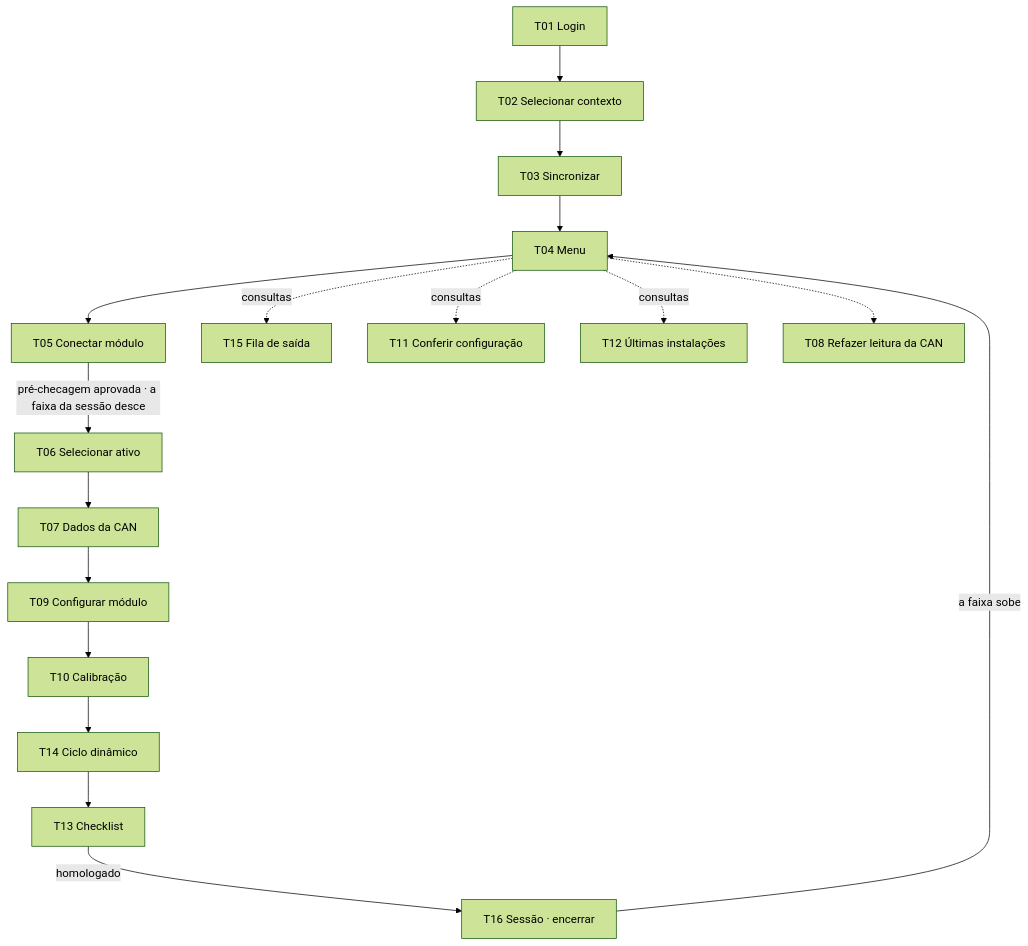
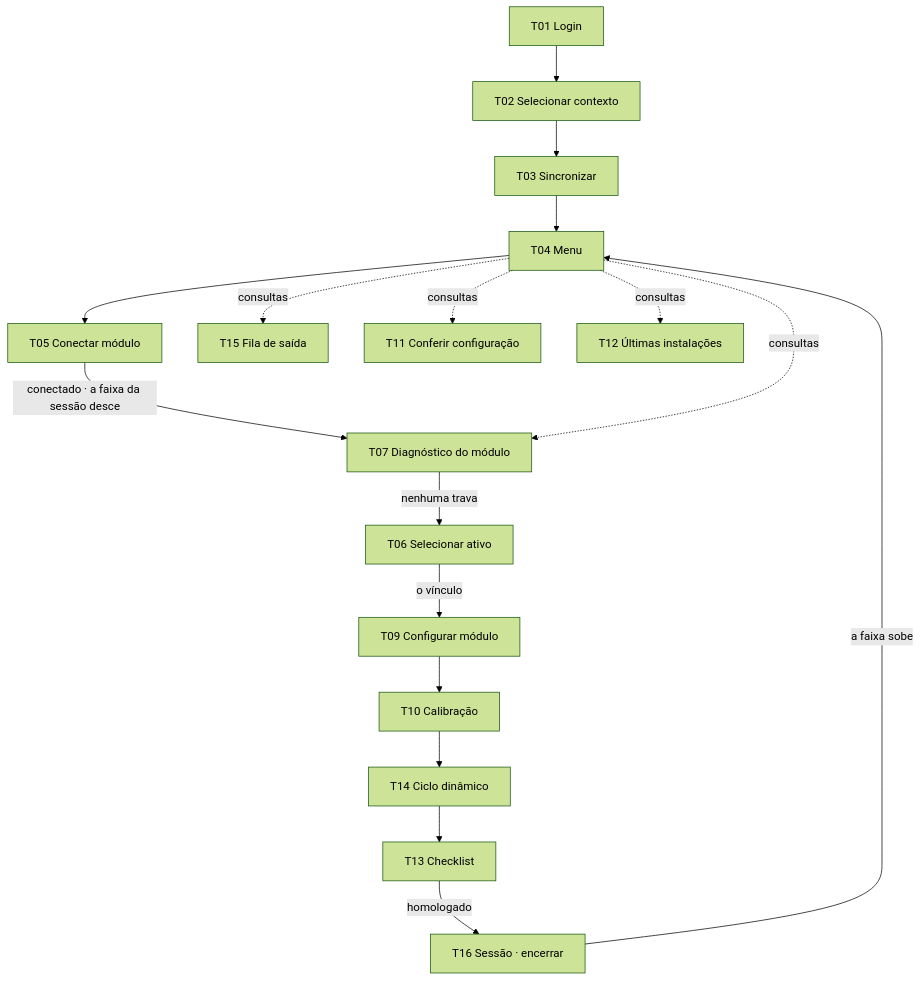
Before and after one commit to felipeuxdesign/mobs2-configurador-prototipo: the diagram in 01-produto/fluxos.md, drawn with Mermaid (forest theme). The commit also changed other lines of this file and 226 other files, not shown here.

````diff
--- a/01-produto/fluxos.md
+++ b/01-produto/fluxos.md
@@ -5,14 +5,14 @@
 ```mermaid
 flowchart TD
   T01[T01 Login] --> T02[T02 Selecionar contexto] --> T03[T03 Sincronizar] --> T04[T04 Menu]
   T04 --> T05[T05 Conectar módulo]
-  T05 -- pré-checagem aprovada · a faixa da sessão desce --> T06[T06 Selecionar ativo]
-  T06 --> T07[T07 Dados da CAN] --> T09[T09 Configurar módulo] --> T10[T10 Calibração]
+  T05 -- conectado · a faixa da sessão desce --> T07[T07 Diagnóstico do módulo]
+  T07 -- nenhuma trava --> T06[T06 Selecionar ativo] -- o vínculo --> T09[T09 Configurar módulo] --> T10[T10 Calibração]
   T10 --> T14[T14 Ciclo dinâmico] --> T13[T13 Checklist]
   T13 -- homologado --> T16[T16 Sessão · encerrar]
   T16 -- a faixa sobe --> T04
   T04 -.consultas.-> T15[T15 Fila de saída]
   T04 -.consultas.-> T11[T11 Conferir configuração]
   T04 -.consultas.-> T12[T12 Últimas instalações]
-  T04 -.-> T08[T08 Refazer leitura da CAN]
+  T04 -.consultas.-> T07
 ```
````
